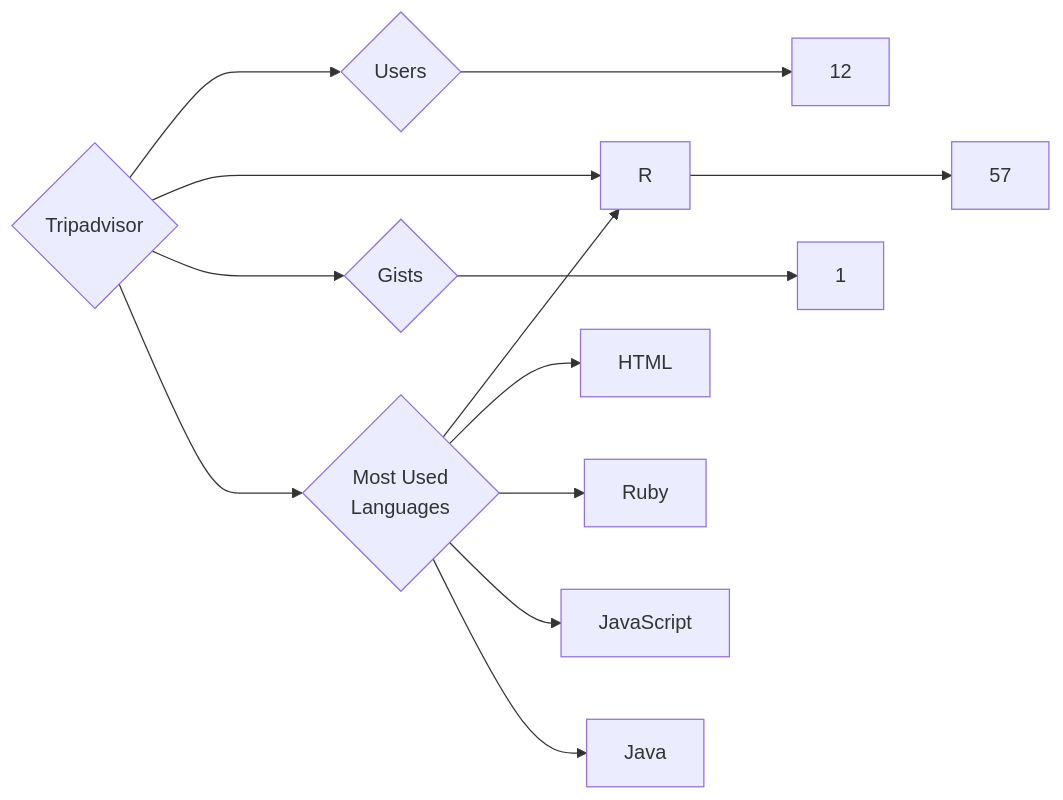
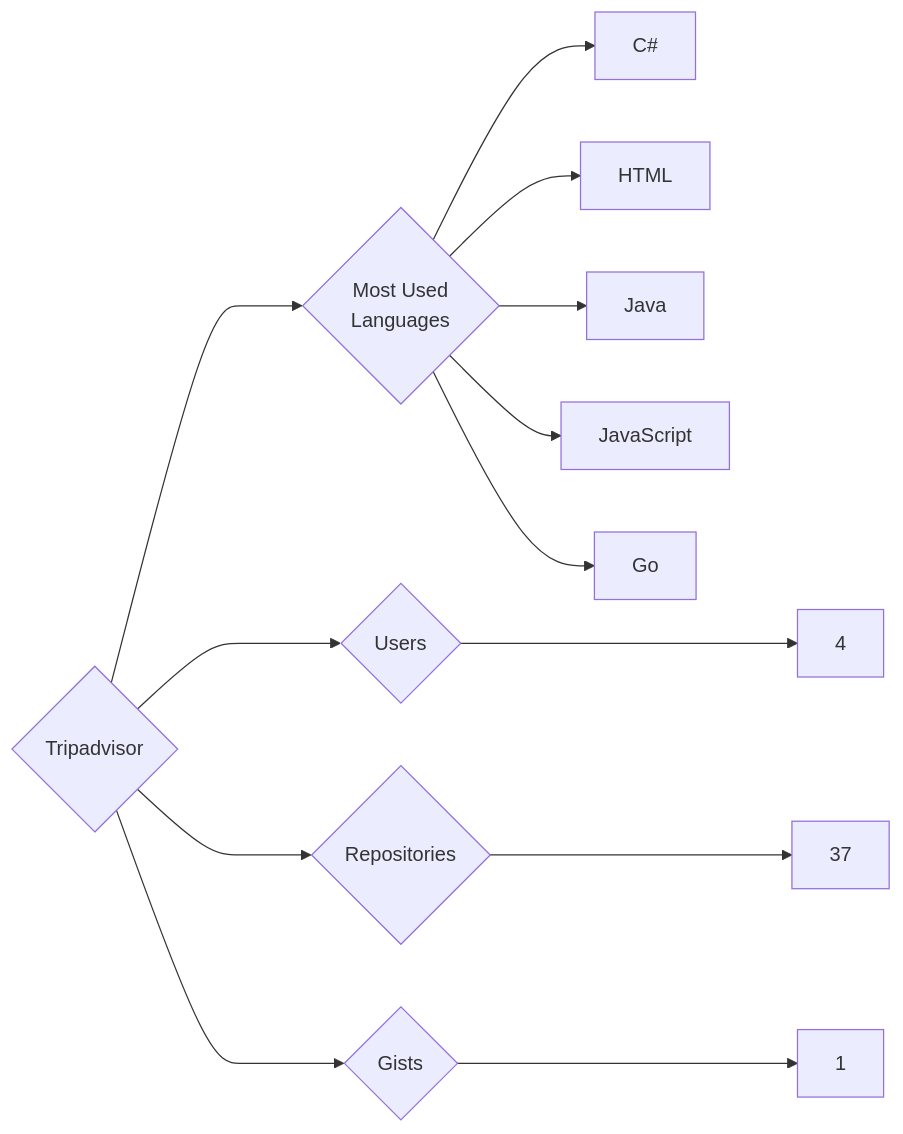
One commit to trickest/insiders changed the diagram in targets/Tripadvisor/README.md. Above: the diagram before and after it, drawn with Mermaid. The commit also changed 870 other files, not shown here.

````diff
--- a/targets/Tripadvisor/README.md
+++ b/targets/Tripadvisor/README.md
@@ -3,13 +3,13 @@
 ```mermaid
 graph LR
 COMPANY_NAME{Tripadvisor}
-COMPANY_NAME ---> U{Users} ---> UN[12]
-COMPANY_NAME ---> R{Repositories} ---> RN[57]
+COMPANY_NAME ---> U{Users} ---> UN[4]
+COMPANY_NAME ---> R{Repositories} ---> RN[37]
 COMPANY_NAME ---> G{Gists} ---> GN[1]
 COMPANY_NAME ---> ML{Most Used<br>Languages}
-ML --> R[R]
+ML --> C#[C#]
 ML --> HTML[HTML]
-ML --> Ruby[Ruby]
+ML --> Java[Java]
 ML --> JavaScript[JavaScript]
-ML --> Java[Java]
+ML --> Go[Go]
 ```
````
